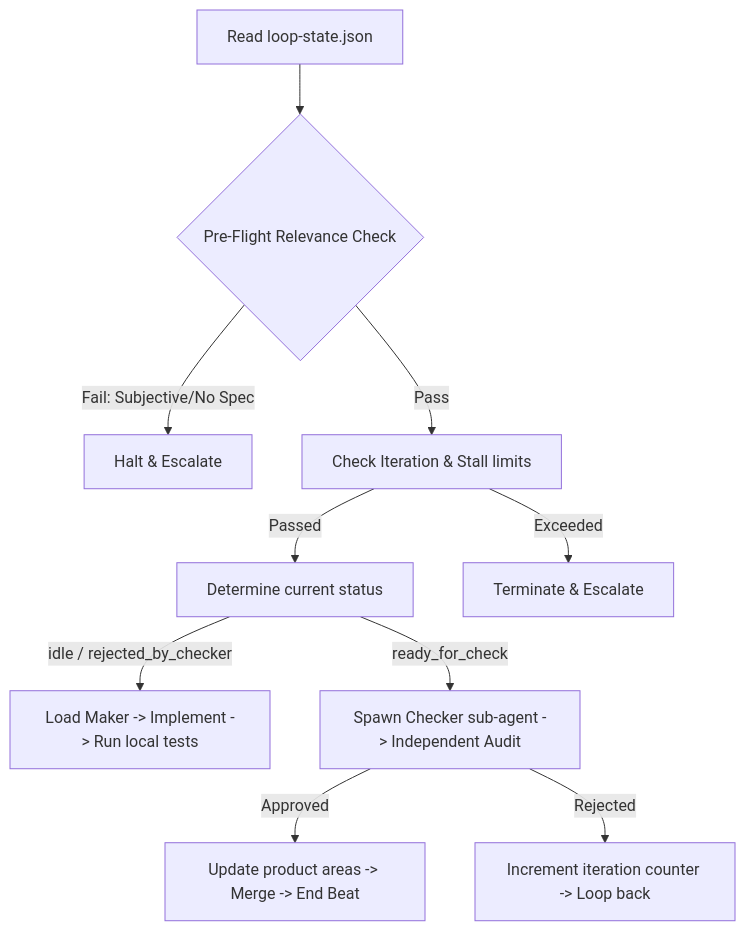
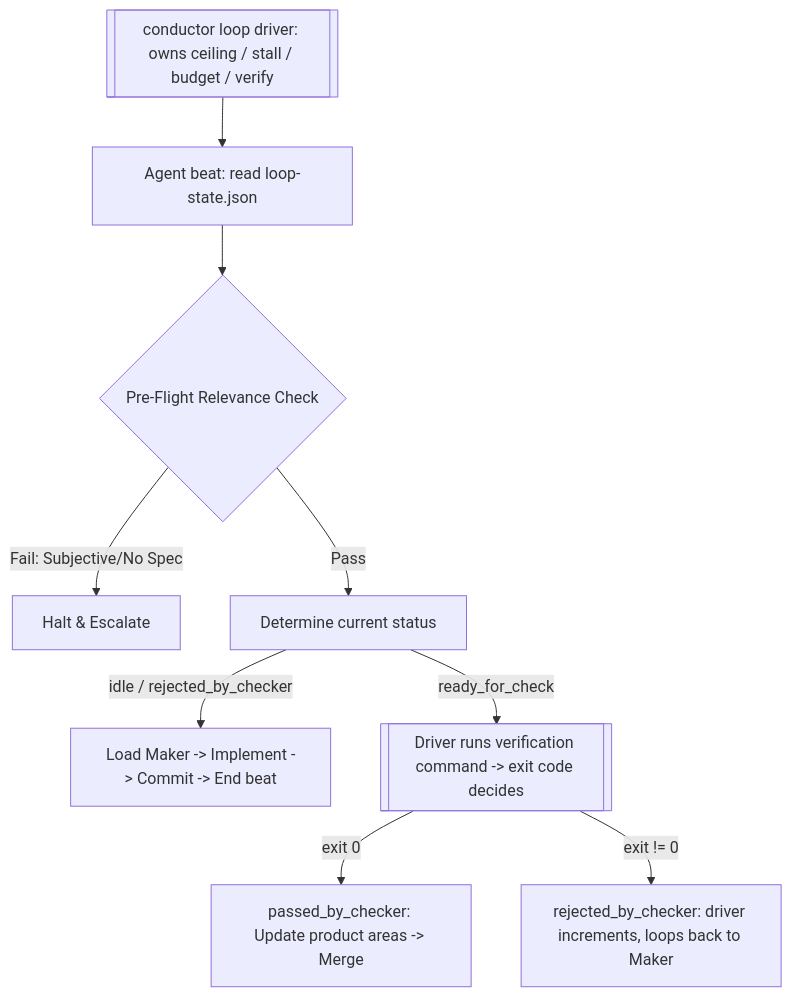
The diagram in templates/.agents/workflows/unattended-loop.md (charlus/conductor-framework), drawn with Mermaid before and after one commit. The commit also changed other lines of this file and 26 other files, not shown here.

````diff
--- a/templates/.agents/workflows/unattended-loop.md
+++ b/templates/.agents/workflows/unattended-loop.md
@@ -5,12 +5,11 @@
 ```mermaid
 graph TD
-    Start[Read loop-state.json] --> PreFlight{Pre-Flight Relevance Check}
+    Driver[[conductor loop driver: owns ceiling / stall / budget / verify]] --> Start[Agent beat: read loop-state.json]
+    Start --> PreFlight{Pre-Flight Relevance Check}
     PreFlight -->|Fail: Subjective/No Spec| StopSpec[Halt & Escalate]
-    PreFlight -->|Pass| Verify[Check Iteration & Stall limits]
-    Verify -->|Passed| Action[Determine current status]
-    Verify -->|Exceeded| Stop[Terminate & Escalate]
-    Action -->|idle / rejected_by_checker| Maker[Load Maker -> Implement -> Run local tests]
-    Action -->|ready_for_check| Checker[Spawn Checker sub-agent -> Independent Audit]
-    Checker -->|Approved| Complete[Update product areas -> Merge -> End Beat]
-    Checker -->|Rejected| Retry[Increment iteration counter -> Loop back]
+    PreFlight -->|Pass| Action[Determine current status]
+    Action -->|idle / rejected_by_checker| Maker[Load Maker -> Implement -> Commit -> End beat]
+    Action -->|ready_for_check| Verify[[Driver runs verification command -> exit code decides]]
+    Verify -->|exit 0| Complete[passed_by_checker: Update product areas -> Merge]
+    Verify -->|exit != 0| Retry[rejected_by_checker: driver increments, loops back to Maker]
 ```
````
